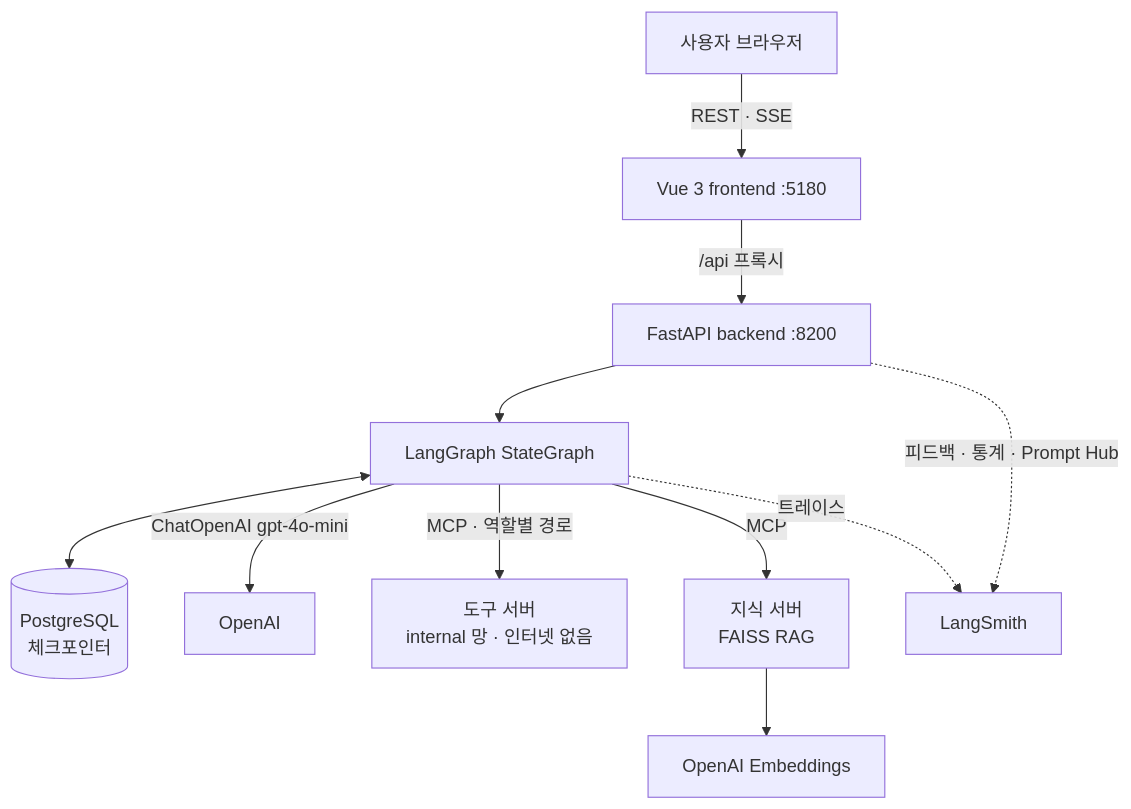
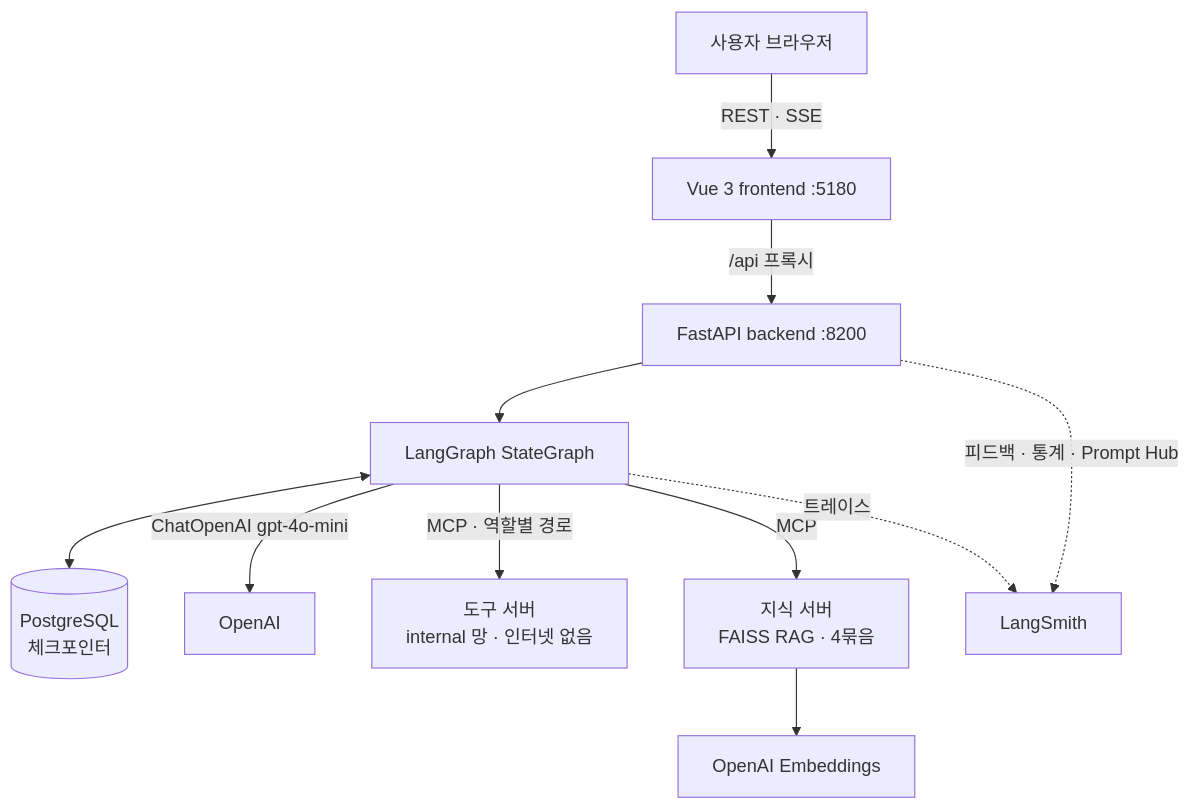
Before and after one commit to skeey66/V-SI: the third of 3 diagrams in README.md, drawn with Mermaid. The commit also changed other lines of this file, not shown here.

First line of the commit message:
docs(readme): 4단계 RAG 구성과 실측 결과를 보고서에 반영한다

````diff
--- a/README.md
+++ b/README.md
@@ -192,13 +229,13 @@
 ```mermaid
 flowchart TB
     U[사용자 브라우저] -->|REST · SSE| F[Vue 3 frontend :5180]
     F -->|/api 프록시| API[FastAPI backend :8200]
     API --> GR[LangGraph StateGraph]
     GR <--> CK[(PostgreSQL<br/>체크포인터)]
     GR -->|ChatOpenAI gpt-4o-mini| OAI[OpenAI]
     GR -->|MCP · 역할별 경로| TS[도구 서버<br/>internal 망 · 인터넷 없음]
-    GR -->|MCP| KS[지식 서버<br/>FAISS RAG]
+    GR -->|MCP| KS[지식 서버<br/>FAISS RAG · 4묶음]
     KS --> EMB[OpenAI Embeddings]
     GR -.트레이스.-> LS[LangSmith]
     API -.피드백 · 통계 · Prompt Hub.-> LS
 ```
````
